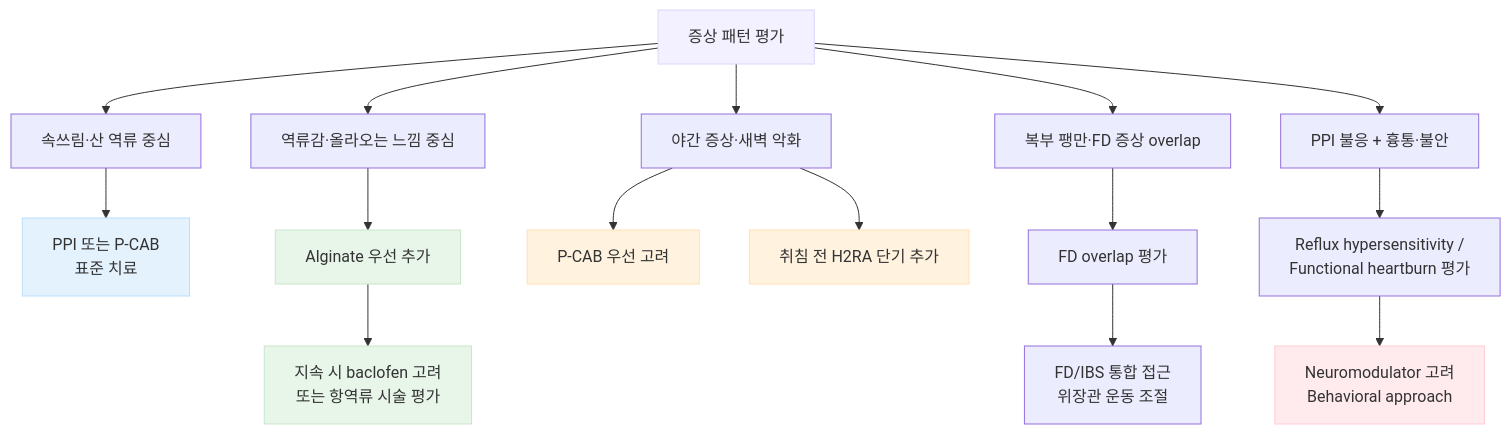
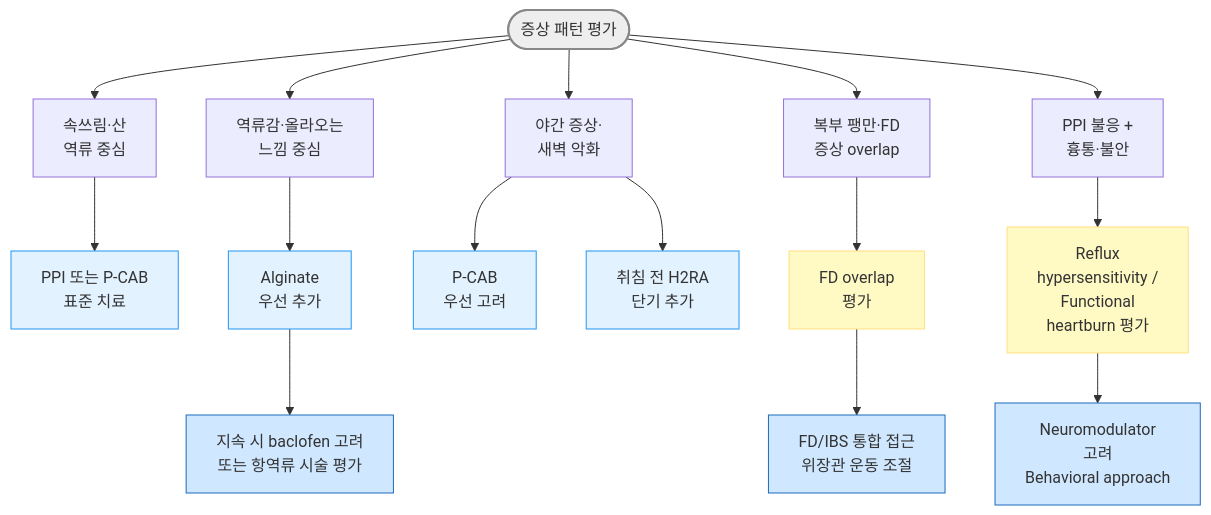
One commit to familyoh77/familyoh77 changed the third of 4 diagrams in 224_/081_-gerd.md. Above: the diagram before and after it, drawn with Mermaid. The commit also changed other lines of this file, not shown here.

Commit message:
GITBOOK-932: No subject

````diff
--- a/224_/081_-gerd.md
+++ b/224_/081_-gerd.md
@@ -268,30 +268,25 @@
 ```mermaid
 graph TD
-    A["증상 패턴 평가"] --> B["속쓰림·산 역류 중심"]
-    A --> C["역류감·올라오는 느낌 중심"]
-    A --> D["야간 증상·새벽 악화"]
-    A --> E["복부 팽만·FD 증상 overlap"]
-    A --> F["PPI 불응 + 흉통·불안"]
+    A(["증상 패턴 평가"]) --> B["속쓰림·산 <br/>역류 중심"]
+    A --> C["역류감·올라오는<br/> 느낌 중심"]
+    A --> D["야간 증상·<br/>새벽 악화"]
+    A --> E["복부 팽만·FD <br/>증상 overlap"]
+    A --> F["PPI 불응 + <br/>흉통·불안"]
+    B --> G["PPI 또는 P-CAB<br/>표준 치료"]
+    C --> H["Alginate <br/>우선 추가"]
+    H --> I["지속 시 baclofen 고려<br/>또는 항역류 시술 평가"]
+    D --> J["P-CAB <br/>우선 고려"]
+    D --> K["취침 전 H2RA <br/>단기 추가"]
+    E --> L["FD overlap <br/>평가"]
+    L --> M["FD/IBS 통합 접근<br/>위장관 운동 조절"]
+    F --> N["Reflux <br/>hypersensitivity /<br/>Functional <br/>heartburn 평가"]
+    N --> O["Neuromodulator <br/>고려<br/>Behavioral approach"]
 
-    B --> G["PPI 또는 P-CAB<br/>표준 치료"]
-
-    C --> H["Alginate 우선 추가"]
-    H --> I["지속 시 baclofen 고려<br/>또는 항역류 시술 평가"]
-
-    D --> J["P-CAB 우선 고려"]
-    D --> K["취침 전 H2RA 단기 추가"]
-
-    E --> L["FD overlap 평가"]
-    L --> M["FD/IBS 통합 접근<br/>위장관 운동 조절"]
-
-    F --> N["Reflux hypersensitivity /<br/>Functional heartburn 평가"]
-    N --> O["Neuromodulator 고려<br/>Behavioral approach"]
-
-    style A fill:#f3f0ff,stroke:#dcd6f7
-    style G fill:#e3f2fd,stroke:#bbdefb
-    style H fill:#e8f5e9,stroke:#c8e6c9
-    style I fill:#e8f5e9,stroke:#c8e6c9
-    style J fill:#fff3e0,stroke:#ffe0b2
-    style K fill:#fff3e0,stroke:#ffe0b2
-    style O fill:#ffebee,stroke:#ffcdd2
+    style A fill:#eeeeee,stroke:#888888,stroke-width:2px
+classDef sky fill:#e3f2ff,stroke:#2196f3
+class G,H,J,K sky
+classDef blue fill:#d0e8ff,stroke:#1a6abf
+class M,I,O blue
+classDef yellow fill:#fff9c4,stroke:#ffe082
+class L,N yellow
 ```
````
